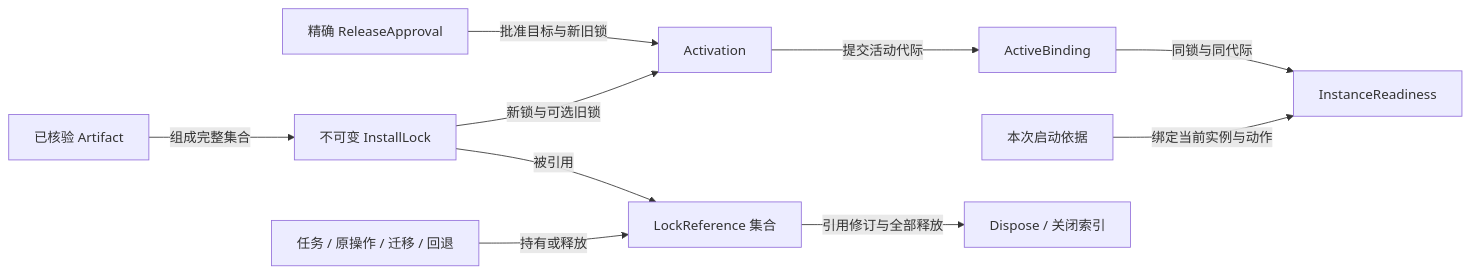
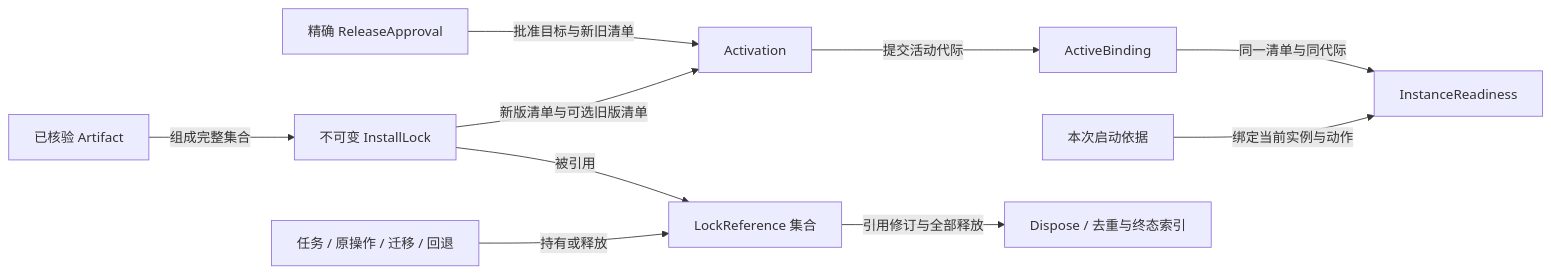
Before and after one commit to ruipengliu/lerna: the second of 4 diagrams in docs/architecture/extensions/implementation.md, drawn with Mermaid. The commit also changed other lines of this file and 205 other files, not shown here.

Commit message:
docs: unify architecture terminology

````diff
--- a/docs/architecture/extensions/implementation.md
+++ b/docs/architecture/extensions/implementation.md
@@ -180,12 +180,12 @@
 ```mermaid
 flowchart LR
     A[已核验 Artifact] -->|组成完整集合| L[不可变 InstallLock]
-    P[精确 ReleaseApproval] -->|批准目标与新旧锁| X[Activation]
-    L -->|新锁与可选旧锁| X
+    P[精确 ReleaseApproval] -->|批准目标与新旧清单| X[Activation]
+    L -->|新版清单与可选旧版清单| X
     X -->|提交活动代际| B[ActiveBinding]
-    B -->|同锁与同代际| I[InstanceReadiness]
+    B -->|同一清单与同代际| I[InstanceReadiness]
     E[本次启动依据] -->|绑定当前实例与动作| I
     L -->|被引用| R[LockReference 集合]
     O[任务 / 原操作 / 迁移 / 回退] -->|持有或释放| R
-    R -->|引用修订与全部释放| D[Dispose / 关闭索引]
+    R -->|引用修订与全部释放| D[Dispose / 去重与终态索引]
 ```
````
